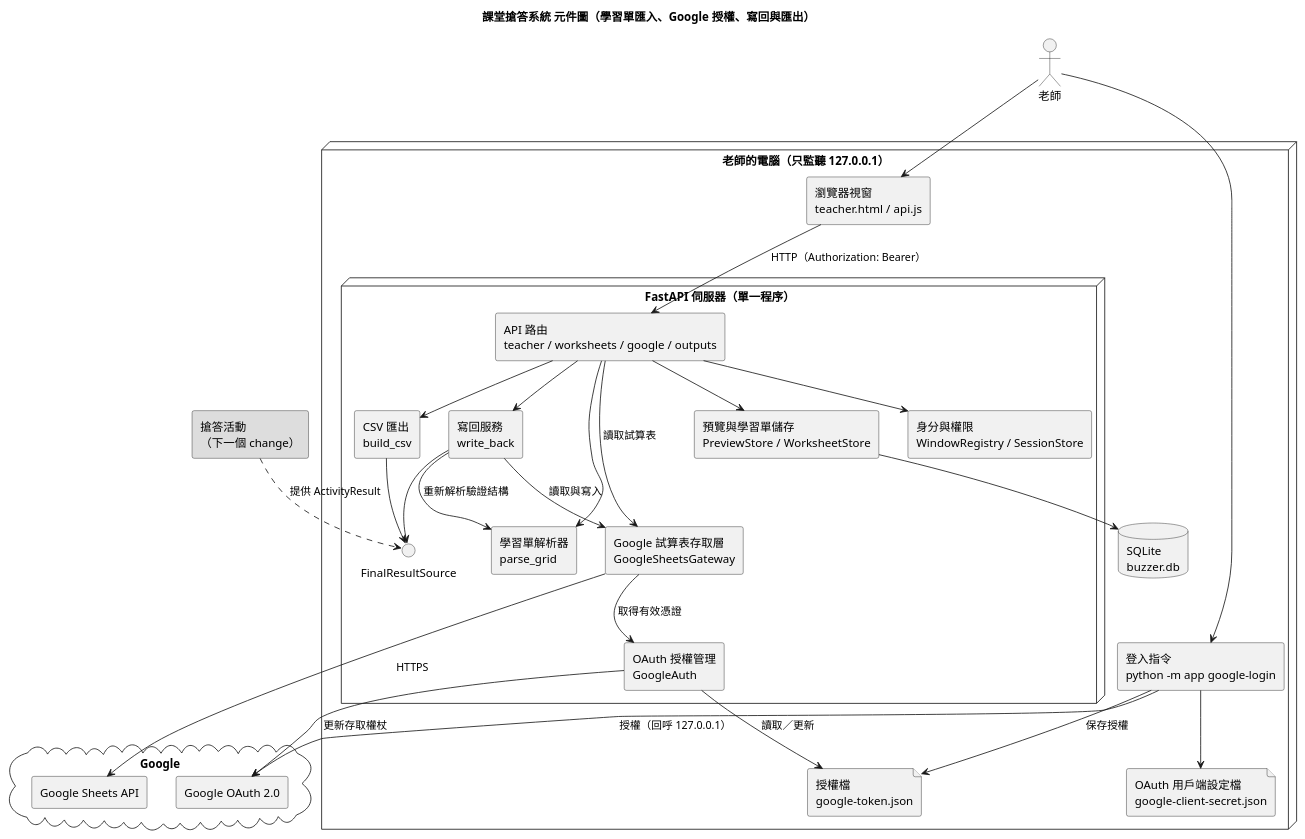
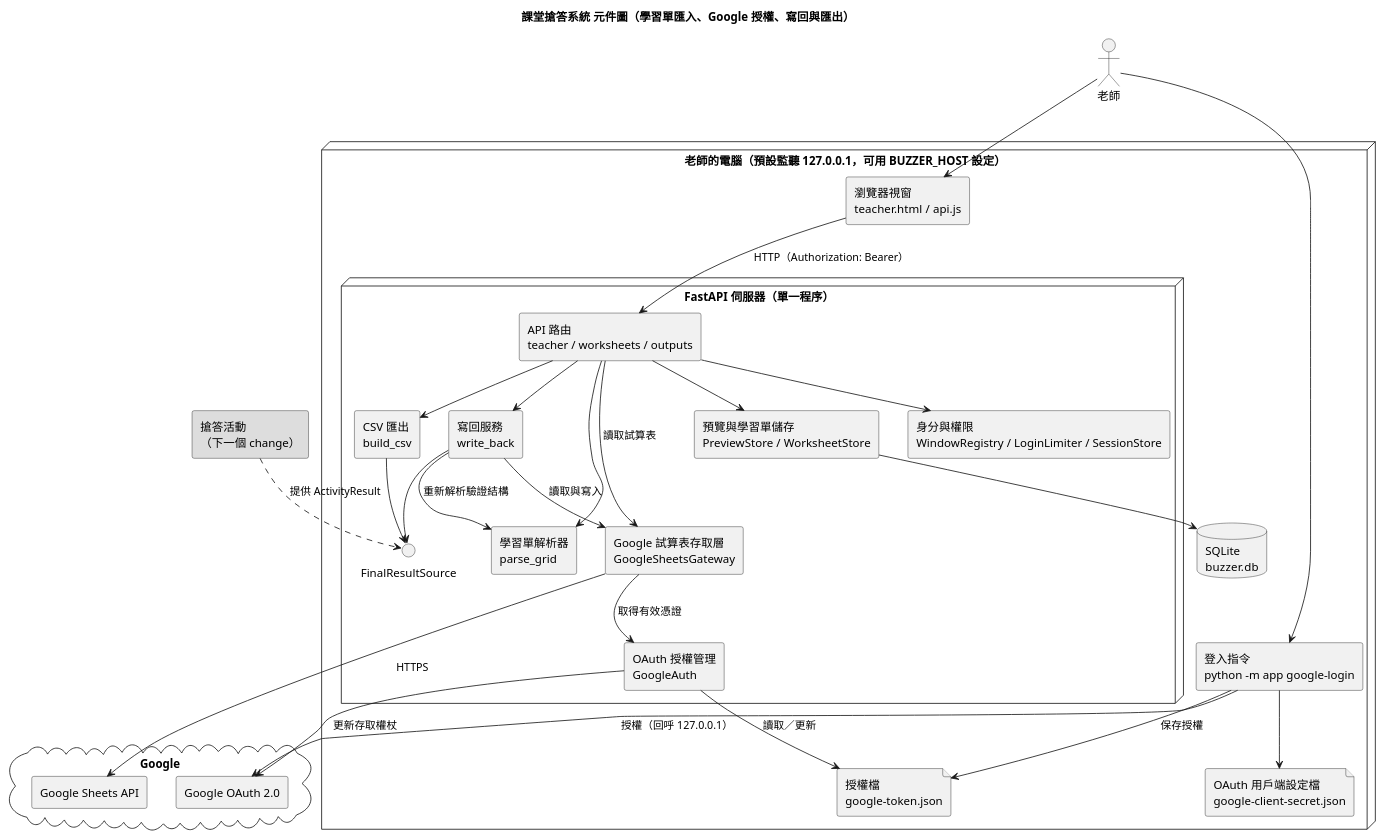
One commit to RemuDaiSuKi/SE_project changed the diagram in diagrams/component.puml. Above: the diagram before and after it, drawn with PlantUML. The commit also changed 50 other files, not shown here.

```diff
--- a/diagrams/component.puml
+++ b/diagrams/component.puml
@@ -1,58 +1,58 @@
 @startuml component
 title 課堂搶答系統 元件圖（學習單匯入、Google 授權、寫回與匯出）
 skinparam componentStyle rectangle
 skinparam defaultFontName "Microsoft JhengHei"
 
 actor "老師" as Teacher
 
-node "老師的電腦（只監聽 127.0.0.1）" {
+node "老師的電腦（預設監聽 127.0.0.1，可用 BUZZER_HOST 設定）" {
   component "瀏覽器視窗\nteacher.html / api.js" as Browser
   component "登入指令\npython -m app google-login" as LoginCli
 
   node "FastAPI 伺服器（單一程序）" {
-    component "API 路由\nteacher / worksheets / google / outputs" as Api
-    component "身分與權限\nWindowRegistry / SessionStore" as Security
+    component "API 路由\nteacher / worksheets / outputs" as Api
+    component "身分與權限\nWindowRegistry / LoginLimiter / SessionStore" as Security
     component "學習單解析器\nparse_grid" as Parser
     component "預覽與學習單儲存\nPreviewStore / WorksheetStore" as Store
     component "寫回服務\nwrite_back" as Writeback
     component "CSV 匯出\nbuild_csv" as Csv
     interface "FinalResultSource" as ResultsPort
     component "Google 試算表存取層\nGoogleSheetsGateway" as Gateway
     component "OAuth 授權管理\nGoogleAuth" as Auth
   }
 
   database "SQLite\nbuzzer.db" as DB
   file "授權檔\ngoogle-token.json" as Token
   file "OAuth 用戶端設定檔\ngoogle-client-secret.json" as ClientSecret
 }
 
 cloud "Google" {
   component "Google Sheets API" as SheetsApi
   component "Google OAuth 2.0" as OAuth
 }
 
 component "搶答活動\n（下一個 change）" as Activity #DDDDDD
 
 Teacher --> Browser
 Teacher --> LoginCli
 Browser --> Api : HTTP（Authorization: Bearer）
 Api --> Security
 Api --> Parser
 Api --> Store
 Api --> Writeback
 Api --> Csv
 Api --> Gateway : 讀取試算表
 Store --> DB
 Writeback --> Parser : 重新解析驗證結構
 Writeback --> Gateway : 讀取與寫入
 Writeback --> ResultsPort
 Csv --> ResultsPort
 Activity ..> ResultsPort : 提供 ActivityResult
 Gateway --> Auth : 取得有效憑證
 Gateway --> SheetsApi : HTTPS
 Auth --> Token : 讀取／更新
 Auth --> OAuth : 更新存取權杖
 LoginCli --> ClientSecret
 LoginCli --> OAuth : 授權（回呼 127.0.0.1）
 LoginCli --> Token : 保存授權
 @enduml
```
